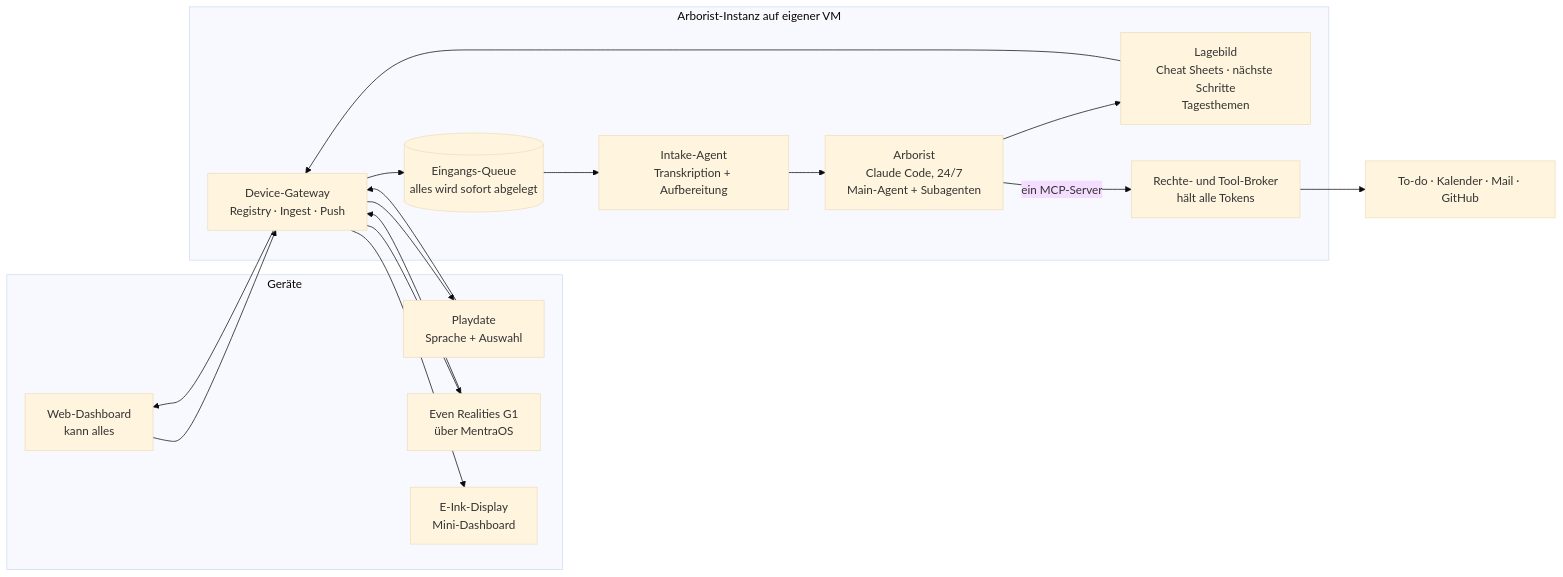
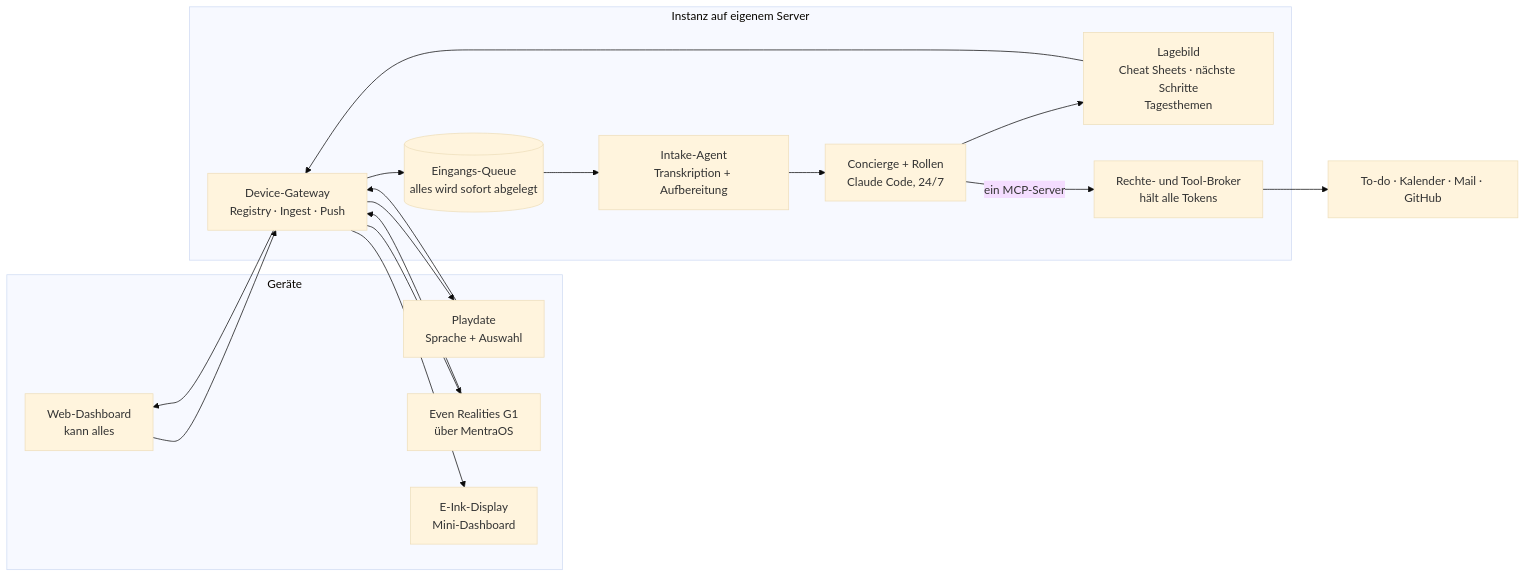
One commit to merlinbecker/playdate-claude-client changed the diagram in README.md. Above: the diagram before and after it, drawn with Mermaid (base theme). The commit also changed other lines of this file, not shown here.

First line of the commit message:
README: Projekt heißt jetzt Pocket Concierge

````diff
--- a/README.md
+++ b/README.md
@@ -16,25 +14,25 @@
 ```mermaid
 flowchart LR
     subgraph Geräte
         WEB[Web-Dashboard<br/>kann alles]
         PD[Playdate<br/>Sprache + Auswahl]
         G1[Even Realities G1<br/>über MentraOS]
         EI[E-Ink-Display<br/>Mini-Dashboard]
     end
 
-    subgraph Arborist[Arborist-Instanz auf eigener VM]
+    subgraph Instanz[Instanz auf eigenem Server]
         GW[Device-Gateway<br/>Registry · Ingest · Push]
         Q[(Eingangs-Queue<br/>alles wird sofort abgelegt)]
         IN[Intake-Agent<br/>Transkription + Aufbereitung]
-        AR[Arborist<br/>Claude Code, 24/7<br/>Main-Agent + Subagenten]
+        AR[Concierge + Rollen<br/>Claude Code, 24/7]
         LB[Lagebild<br/>Cheat Sheets · nächste Schritte<br/>Tagesthemen]
         BR[Rechte- und Tool-Broker<br/>hält alle Tokens]
     end
 
     EXT[To-do · Kalender · Mail · GitHub]
 
     WEB & PD & G1 --> GW --> Q --> IN --> AR
     AR --> LB --> GW
     GW --> WEB & PD & G1 & EI
     AR -- ein MCP-Server --> BR --> EXT
 ```
````
